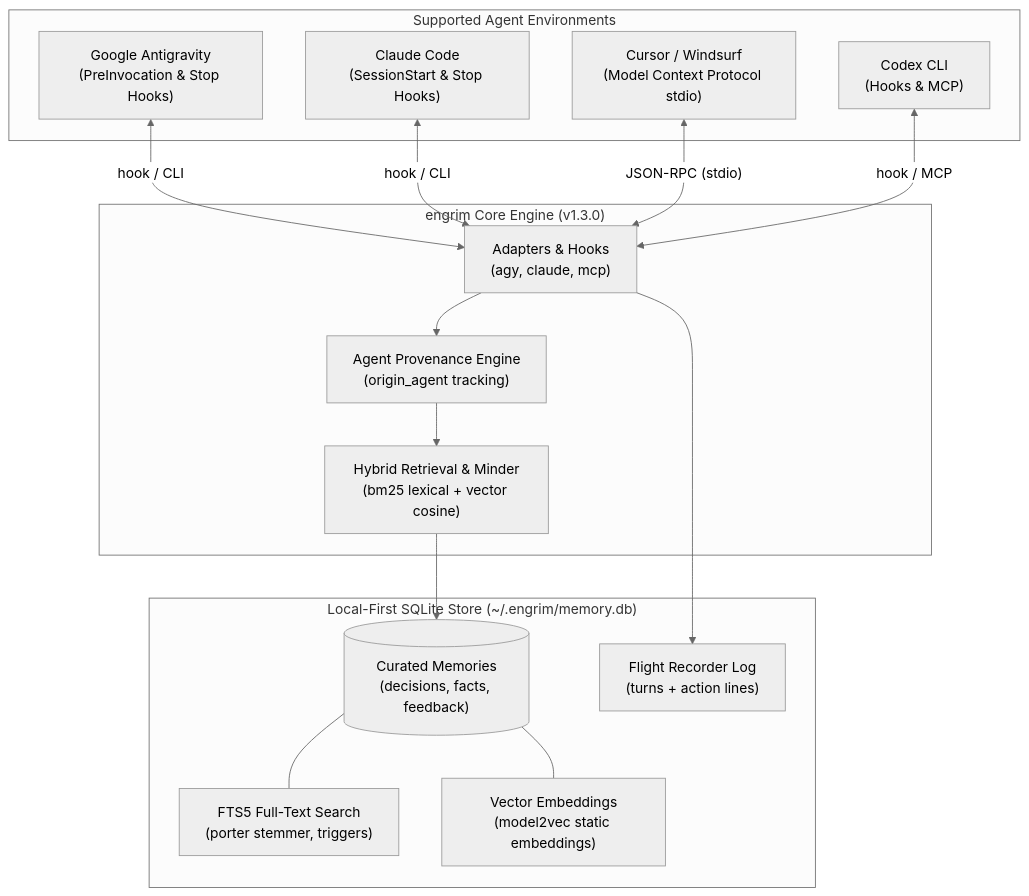
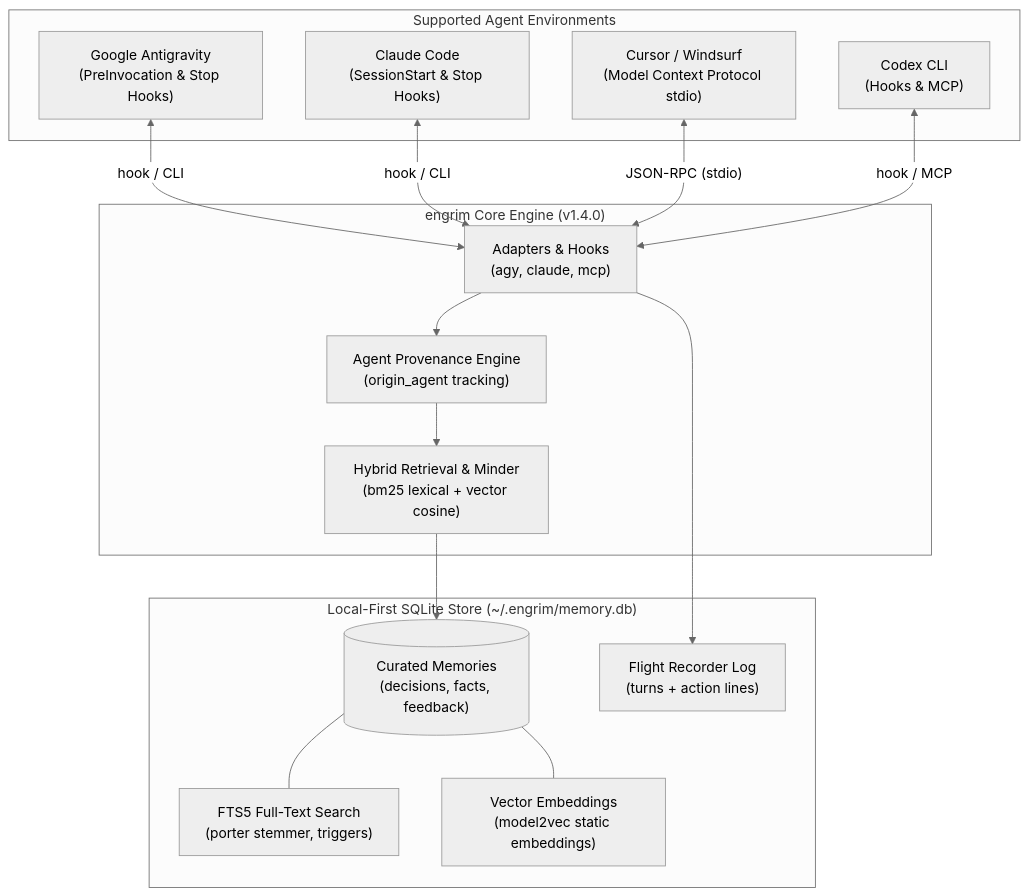
The diagram in README.md (timgordontg/engrim), drawn with Mermaid (neutral theme) before and after one commit.

Commit message:
docs: update architecture diagram version to v1.4.0

````diff
--- a/README.md
+++ b/README.md
@@ -41,33 +41,33 @@
 ```mermaid
 graph TD
     subgraph Agents ["Supported Agent Environments"]
         AGY["Google Antigravity<br/>(PreInvocation & Stop Hooks)"]
         CLAUDE["Claude Code<br/>(SessionStart & Stop Hooks)"]
         CURSOR["Cursor / Windsurf<br/>(Model Context Protocol stdio)"]
         CODEX["Codex CLI<br/>(Hooks & MCP)"]
     end
 
-    subgraph CoreEngine ["engrim Core Engine (v1.3.0)"]
+    subgraph CoreEngine ["engrim Core Engine (v1.4.0)"]
         ADAPTERS["Adapters & Hooks<br/>(agy, claude, mcp)"]
         PROVENANCE["Agent Provenance Engine<br/>(origin_agent tracking)"]
         ROUTER["Hybrid Retrieval & Minder<br/>(bm25 lexical + vector cosine)"]
     end
 
     subgraph Storage ["Local-First SQLite Store (~/.engrim/memory.db)"]
         MEMORIES[("Curated Memories<br/>(decisions, facts, feedback)")]
         FTS5["FTS5 Full-Text Search<br/>(porter stemmer, triggers)"]
         VEC["Vector Embeddings<br/>(model2vec static embeddings)"]
         LOG["Flight Recorder Log<br/>(turns + action lines)"]
     end
 
     AGY <-->|"hook / CLI"| ADAPTERS
     CLAUDE <-->|"hook / CLI"| ADAPTERS
     CURSOR <-->|"JSON-RPC (stdio)"| ADAPTERS
     CODEX <-->|"hook / MCP"| ADAPTERS
     ADAPTERS --> PROVENANCE
     PROVENANCE --> ROUTER
     ROUTER --> MEMORIES
     MEMORIES --- FTS5
     MEMORIES --- VEC
     ADAPTERS --> LOG
 ```
````
